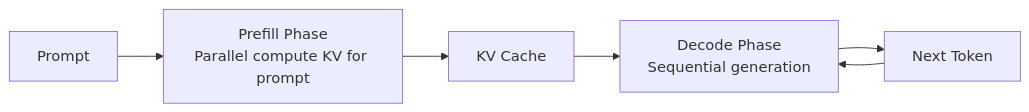
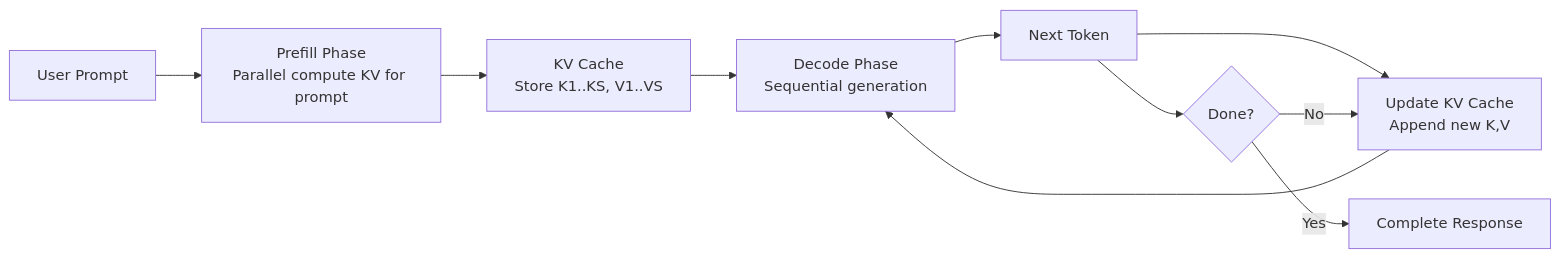
The eighth of 37 diagrams in lab0.2/README.md (Shahriarin2garden/vllm_from_scratch), drawn with Mermaid before and after one commit. The commit also changed other lines of this file, not shown here.

Commit message:
Refactor diagrams in README.md for improved clarity and detail

````diff
--- a/lab0.2/README.md
+++ b/lab0.2/README.md
@@ -227,8 +231,12 @@
 ```mermaid
 flowchart LR
-    Prompt --> P[Prefill Phase<br/>Parallel compute KV for prompt]
-    P --> Cache[KV Cache]
+    Prompt[User Prompt] --> P[Prefill Phase<br/>Parallel compute KV for prompt]
+    P --> Cache[KV Cache<br/>Store K1..KS, V1..VS]
     Cache --> D[Decode Phase<br/>Sequential generation]
     D --> Token[Next Token]
-    Token --> D
+    Token --> Update[Update KV Cache<br/>Append new K,V]
+    Update --> D
+    Token --> Check{Done?}
+    Check -->|No| Update
+    Check -->|Yes| Output[Complete Response]
 ```
````
